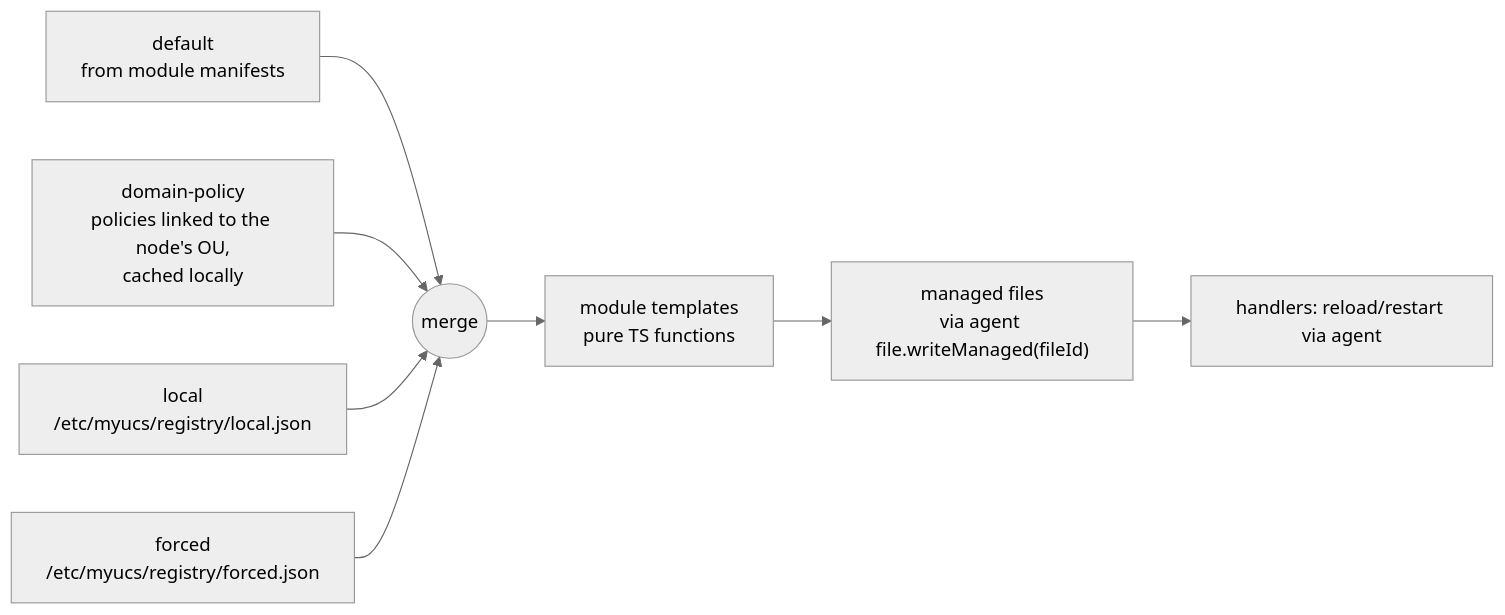
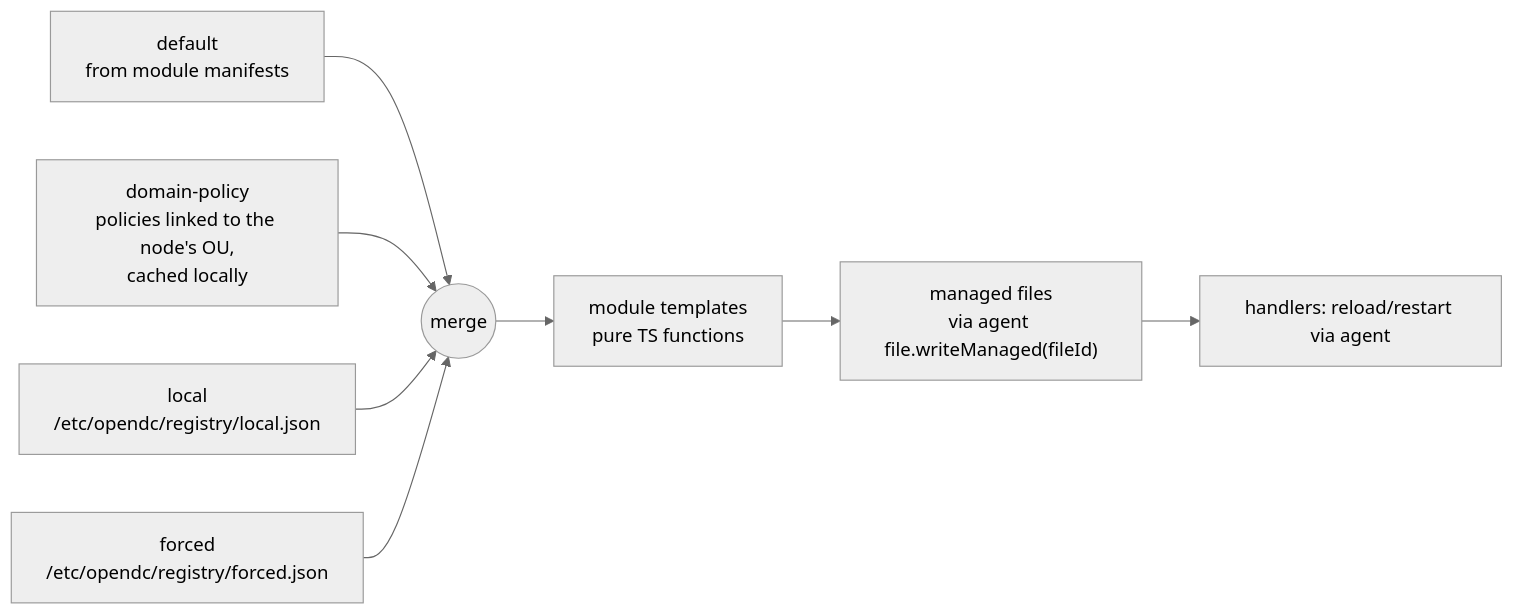
Before and after one commit to driterolulaj/openDC: the fifth of 5 diagrams in docs/ARCHITECTURE.md, drawn with Mermaid (neutral theme). The commit also changed other lines of this file and 42 other files, not shown here.

````diff
--- a/docs/ARCHITECTURE.md
+++ b/docs/ARCHITECTURE.md
@@ -165,10 +165,10 @@
 ```mermaid
 flowchart LR
   DEF[default<br/>from module manifests] --> M((merge))
   POL["domain-policy<br/>policies linked to the node's OU,<br/>cached locally"] --> M
-  LOC["local<br/>/etc/myucs/registry/local.json"] --> M
-  FOR["forced<br/>/etc/myucs/registry/forced.json"] --> M
+  LOC["local<br/>/etc/opendc/registry/local.json"] --> M
+  FOR["forced<br/>/etc/opendc/registry/forced.json"] --> M
   M --> T[module templates<br/>pure TS functions]
   T --> F["managed files<br/>via agent file.writeManaged(fileId)"]
   F --> HD[handlers: reload/restart via agent]
 ```
````
